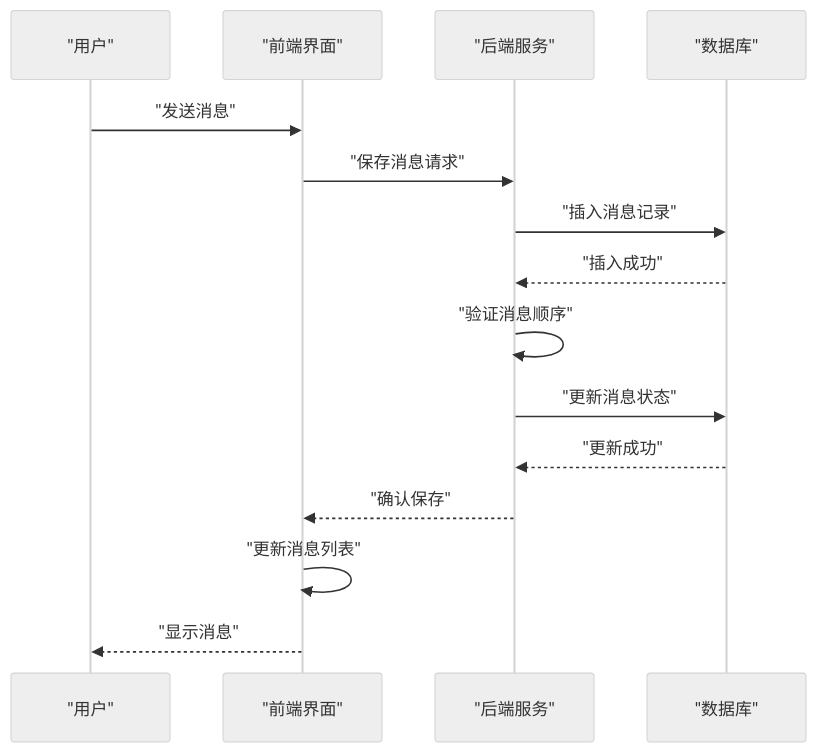
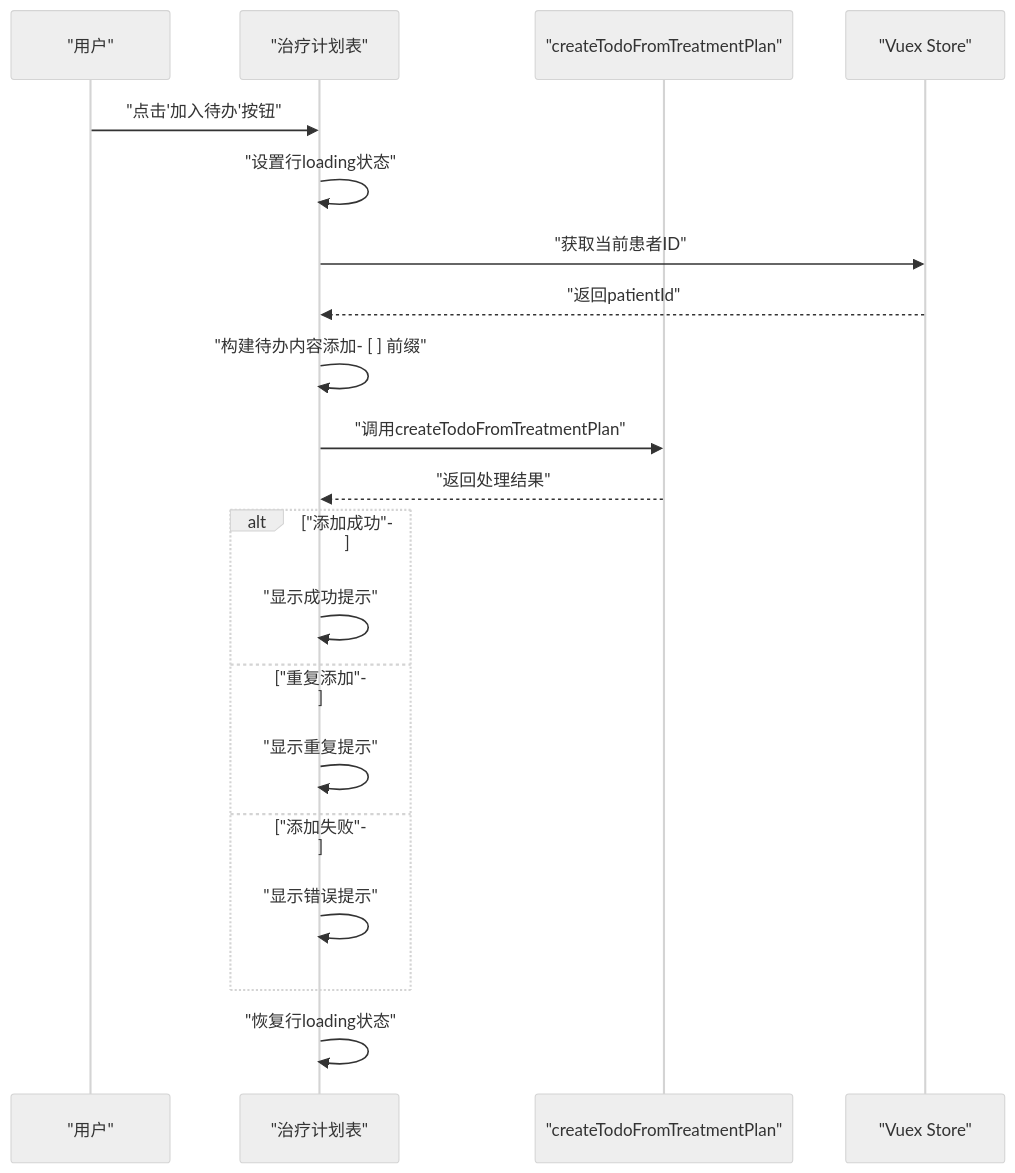
The fifth of 28 diagrams in .qoder/repowiki/zh/content/核心功能模块/AI诊断辅助系统.md (liuzh2008/med_ai_assistant_workspace), drawn with Mermaid (neutral theme) before and after one commit. The commit also changed other lines of this file and 6 other files, not shown here.

````diff
--- a/.qoder/repowiki/zh/content/核心功能模块/AI诊断辅助系统.md
+++ b/.qoder/repowiki/zh/content/核心功能模块/AI诊断辅助系统.md
@@ -458,17 +494,22 @@
 ```mermaid
 sequenceDiagram
 participant User as "用户"
-participant Frontend as "前端界面"
-participant Backend as "后端服务"
-participant DB as "数据库"
-User->>Frontend : "发送消息"
-Frontend->>Backend : "保存消息请求"
-Backend->>DB : "插入消息记录"
-DB-->>Backend : "插入成功"
-Backend->>Backend : "验证消息顺序"
-Backend->>DB : "更新消息状态"
-DB-->>Backend : "更新成功"
-Backend-->>Frontend : "确认保存"
-Frontend->>Frontend : "更新消息列表"
-Frontend-->>User : "显示消息"
+participant TreatmentPlan as "治疗计划表"
+participant API as "createTodoFromTreatmentPlan"
+participant Store as "Vuex Store"
+User->>TreatmentPlan : "点击'加入待办'按钮"
+TreatmentPlan->>TreatmentPlan : "设置行loading状态"
+TreatmentPlan->>Store : "获取当前患者ID"
+Store-->>TreatmentPlan : "返回patientId"
+TreatmentPlan->>TreatmentPlan : "构建待办内容添加- [ ] 前缀"
+TreatmentPlan->>API : "调用createTodoFromTreatmentPlan"
+API-->>TreatmentPlan : "返回处理结果"
+alt "添加成功"
+TreatmentPlan->>TreatmentPlan : "显示成功提示"
+else "重复添加"
+TreatmentPlan->>TreatmentPlan : "显示重复提示"
+else "添加失败"
+TreatmentPlan->>TreatmentPlan : "显示错误提示"
+end
+TreatmentPlan->>TreatmentPlan : "恢复行loading状态"
 ```
````
